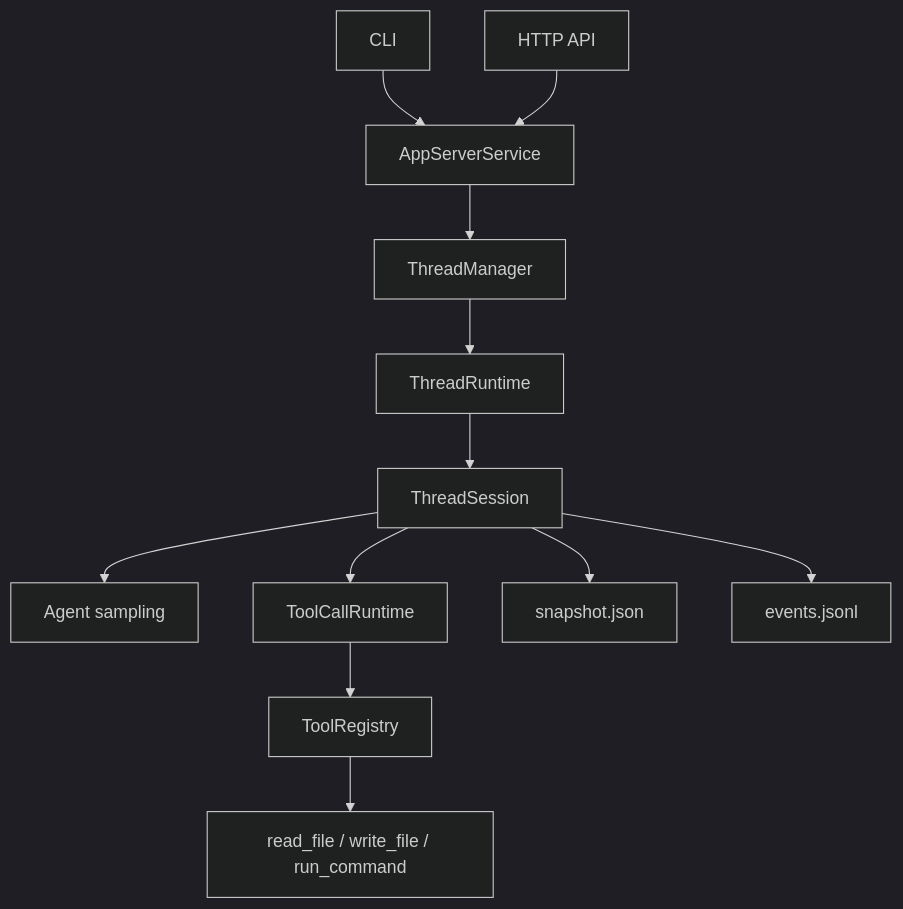
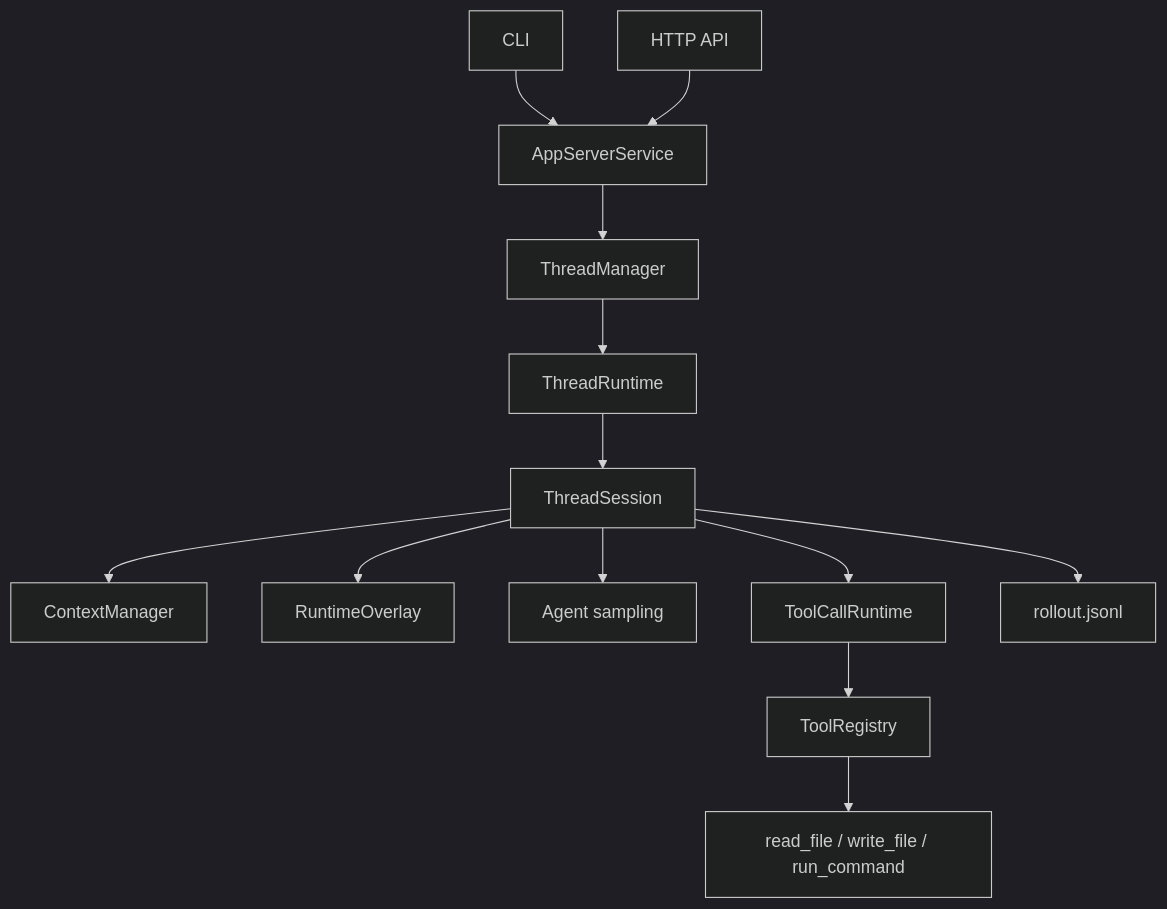
The diagram in README.md (exqqstar/ExAgent), drawn with Mermaid (dark theme) before and after one commit. The commit also changed other lines of this file and 12 other files, not shown here.

Commit message:
Separate live runtime overlay from rollout replay

````diff
--- a/README.md
+++ b/README.md
@@ -32,27 +32,29 @@
 ```mermaid
 flowchart TB
     CLI["CLI"]
     API["HTTP API"]
     Boundary["AppServerService"]
     Manager["ThreadManager"]
     Runtime["ThreadRuntime"]
     Session["ThreadSession"]
+    Context["ContextManager"]
+    Overlay["RuntimeOverlay"]
     Agent["Agent sampling"]
     ToolRuntime["ToolCallRuntime"]
     Registry["ToolRegistry"]
     Tools["read_file / write_file / run_command"]
-    Snapshot["snapshot.json"]
-    Events["events.jsonl"]
+    Rollout["rollout.jsonl"]
 
     CLI --> Boundary
     API --> Boundary
     Boundary --> Manager
     Manager --> Runtime
     Runtime --> Session
+    Session --> Context
+    Session --> Overlay
     Session --> Agent
     Session --> ToolRuntime
     ToolRuntime --> Registry
     Registry --> Tools
-    Session --> Snapshot
-    Session --> Events
+    Session --> Rollout
 ```
````
